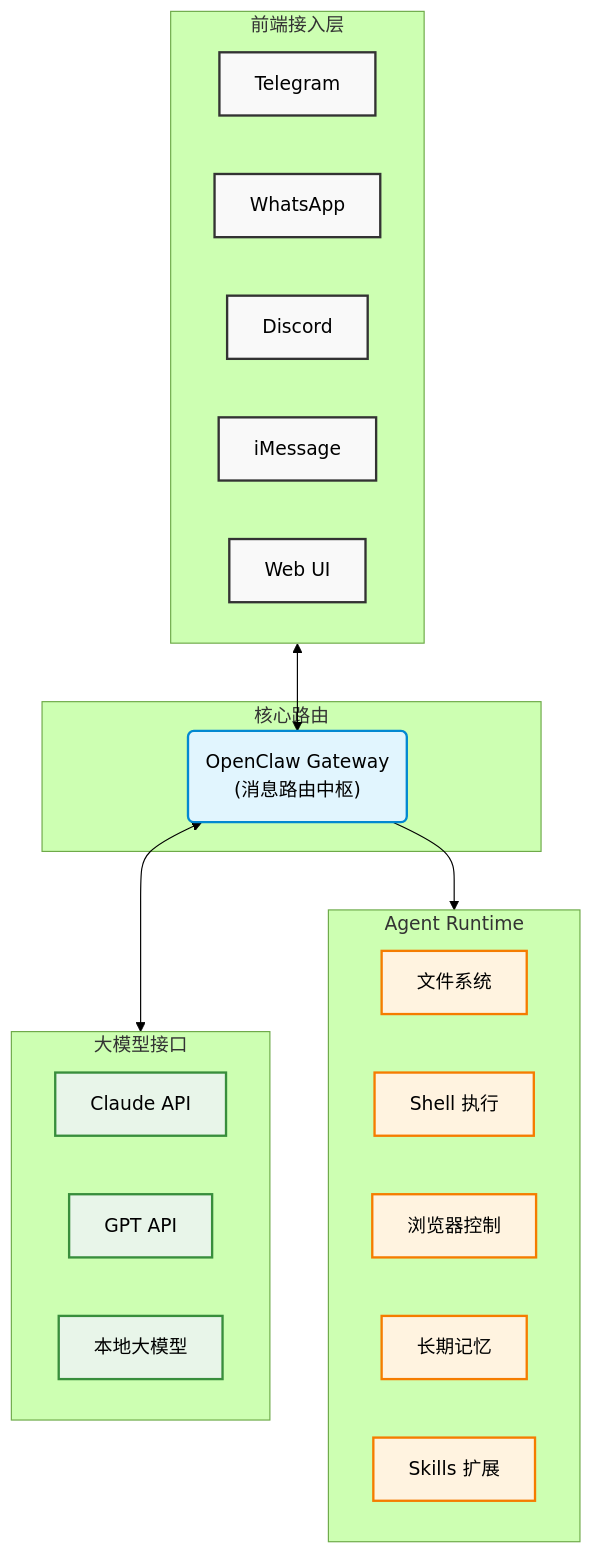
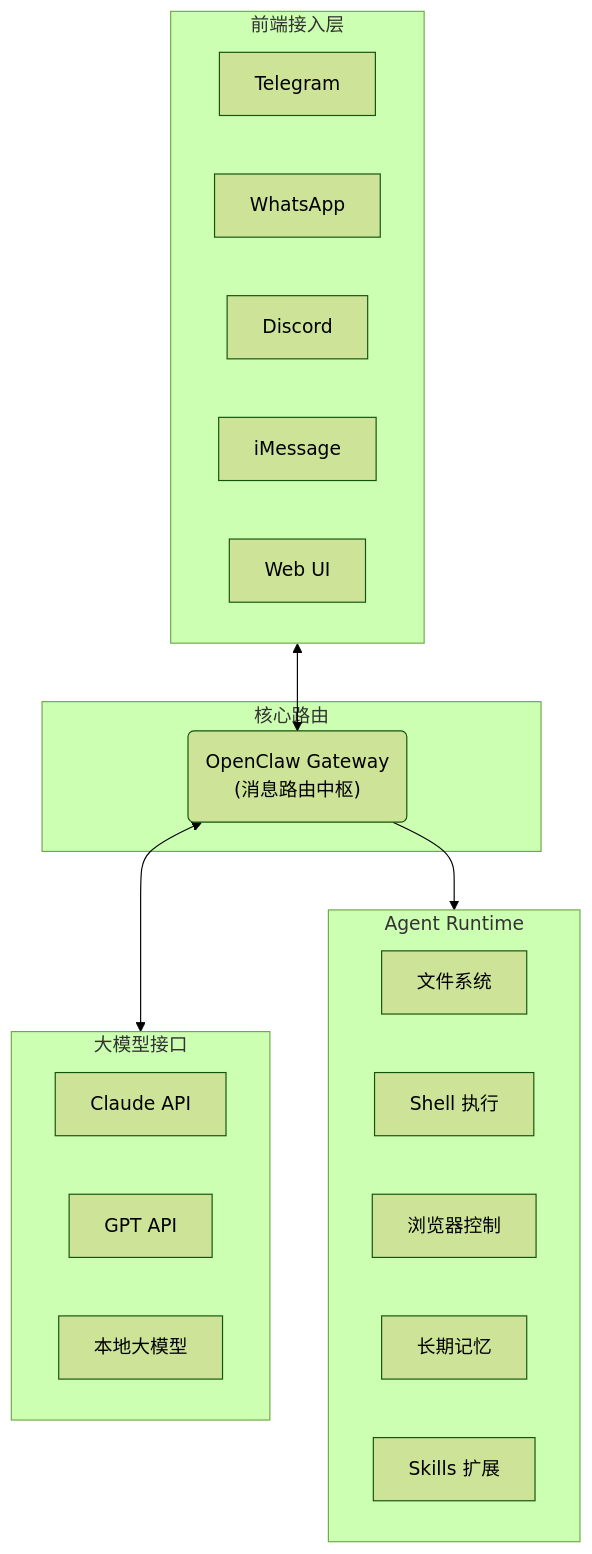
One commit to RainLib/blog changed the diagram in blog/2026-03-04-openclaw-wsl-guide.mdx. Above: the diagram before and after it, drawn with Mermaid (forest theme). The commit also changed 1 other file, not shown here.

Commit message:
feat: improve blog post header responsiveness and layout for info pill elements

````diff
--- a/blog/2026-03-04-openclaw-wsl-guide.mdx
+++ b/blog/2026-03-04-openclaw-wsl-guide.mdx
@@ -27,42 +27,37 @@
 ```mermaid
 graph TD
-    classDef client fill:#f9f9f9,stroke:#333,stroke-width:2px;
-    classDef core fill:#e1f5fe,stroke:#0288d1,stroke-width:2px;
-    classDef llm fill:#e8f5e9,stroke:#388e3c,stroke-width:2px;
-    classDef runtime fill:#fff3e0,stroke:#f57c00,stroke-width:2px;
-
     subgraph Clients["前端接入层"]
         T[Telegram]
         W[WhatsApp]
         D[Discord]
         I[iMessage]
         Web[Web UI]
     end
 
     subgraph Core["核心路由"]
         GW("OpenClaw Gateway<br/>(消息路由中枢)")
     end
 
     subgraph LLMs["大模型接口"]
         Claude[Claude API]
         GPT[GPT API]
         Local[本地大模型]
     end
 
     subgraph Runtime["Agent Runtime"]
         FS[文件系统]
         Shell[Shell 执行]
         Browser[浏览器控制]
         Mem[长期记忆]
         Skills[Skills 扩展]
     end
 
     Clients <--> GW
     GW <--> LLMs
     GW --> Runtime
 
     class T,W,D,I,Web client;
     class GW core;
     class Claude,GPT,Local llm;
     class FS,Shell,Browser,Mem,Skills runtime;
 ```
````
